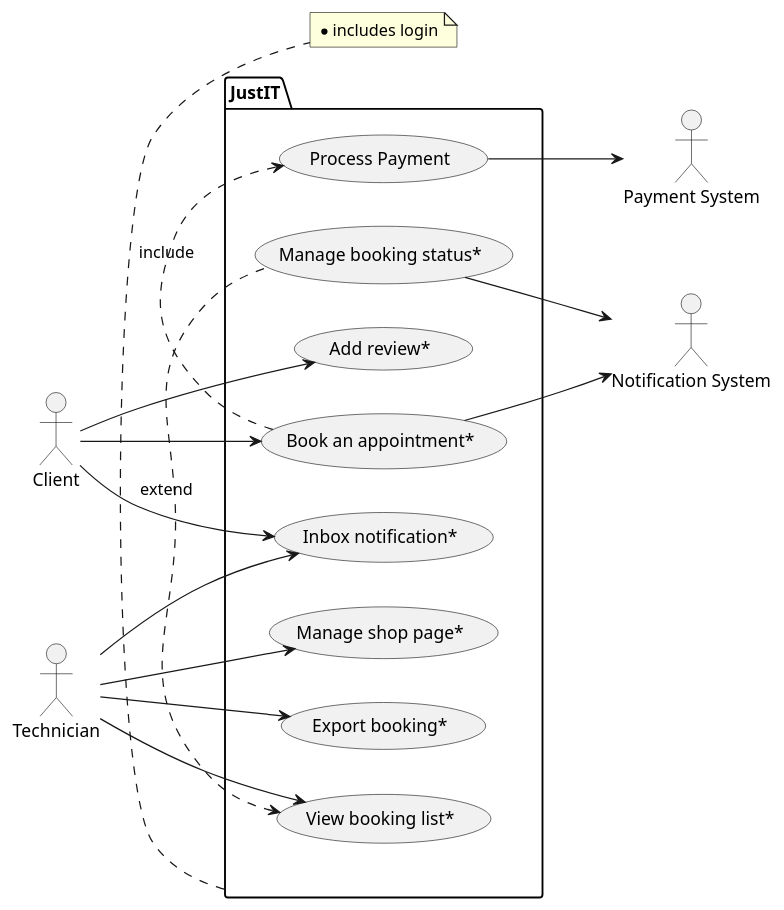
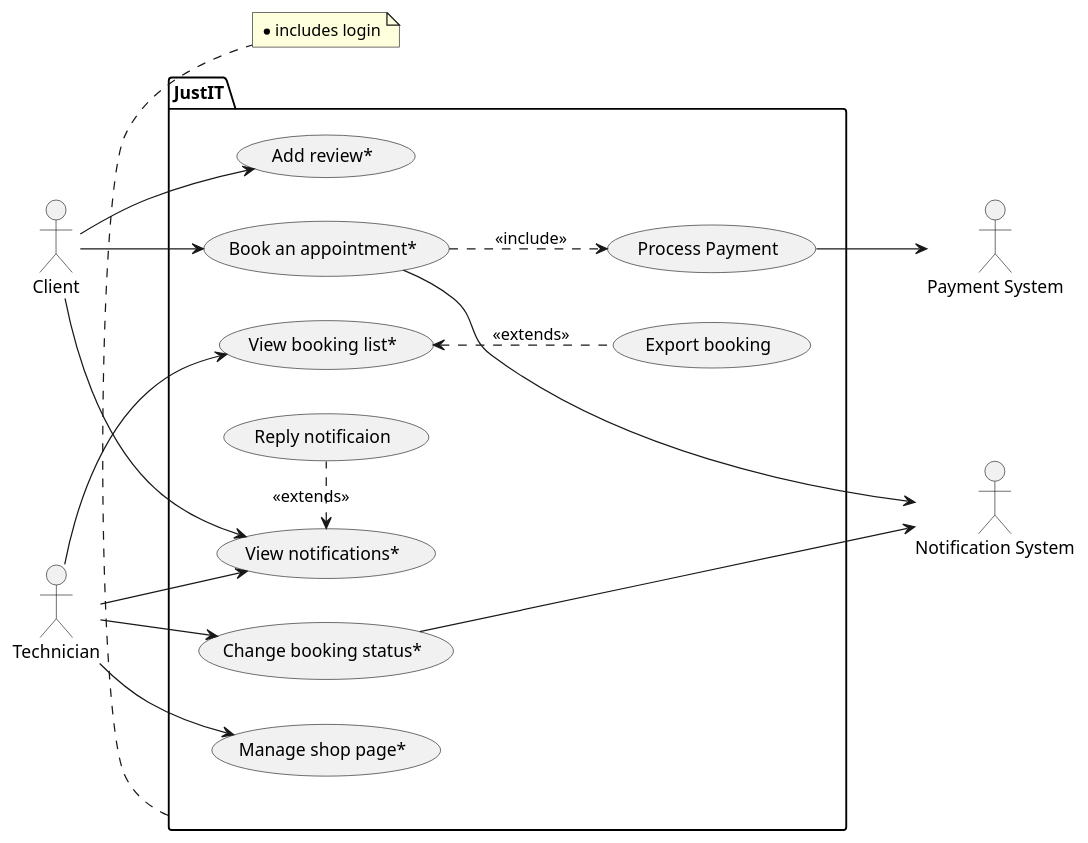
Before and after one commit to GiuEliNo/JustIT: the diagram in doc/use_case/uses_cases_plantuml.md, drawn with PlantUML.

Commit message:
fix (doc): uses cases plantuml update

```diff
--- a/doc/use_case/uses_cases_plantuml.md
+++ b/doc/use_case/uses_cases_plantuml.md
@@ -1,39 +1,41 @@
 @startuml
 left to right direction
 actor "Client" as c
 actor "Technician" as t
 actor "Notification System" as n
 actor "Payment System" as p
 
 
 package JustIT {
 usecase "Add review*" as UC1
 usecase "Book an appointment*" as UC2
-usecase "Inbox notification*" as UC3
+usecase "View notifications*" as UC3
 usecase "Manage shop page*" as UC4
 usecase "View booking list*" as UC5
-usecase "Export booking*" as UC6
-usecase "Manage booking status*" as UC7
+usecase "Export booking" as UC6
+usecase "Change booking status*" as UC7
 usecase "Process Payment" as UC8
+usecase "Reply notificaion" as UC9
 
 
 }
 
 note bottom of JustIT
 * includes login
   end note
 
 c --> UC1
 c --> UC2
 c --> UC3
 t --> UC3
 t --> UC4
 t --> UC5
-t --> UC6
-UC2 .> UC8: include
-UC7 -l.> UC5: extend
+t --> UC7
+UC2 -.> UC8: <<include>>
 UC8 --> p
-UC2 --> n
+UC2 ---> n
 UC7 --> n
+UC5 <.d. UC6 : <<extends>>
+UC9 -l.> UC3:  <<extends>>
 
 @enduml
```
